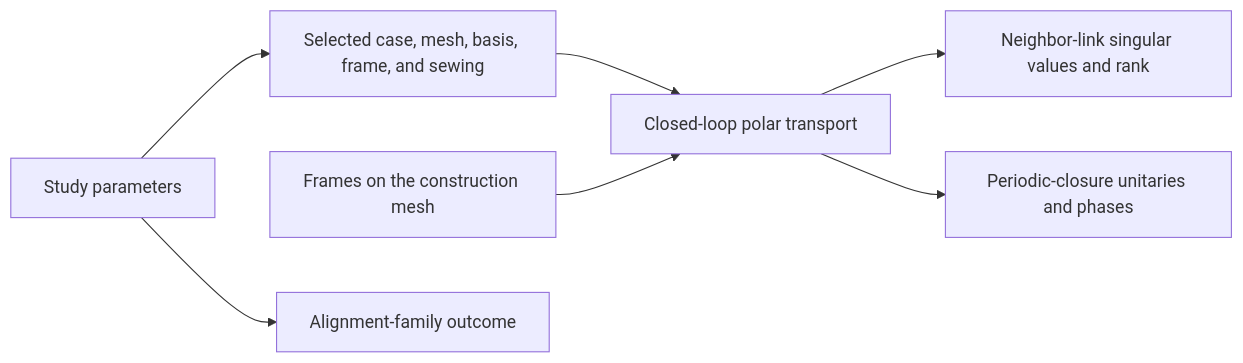
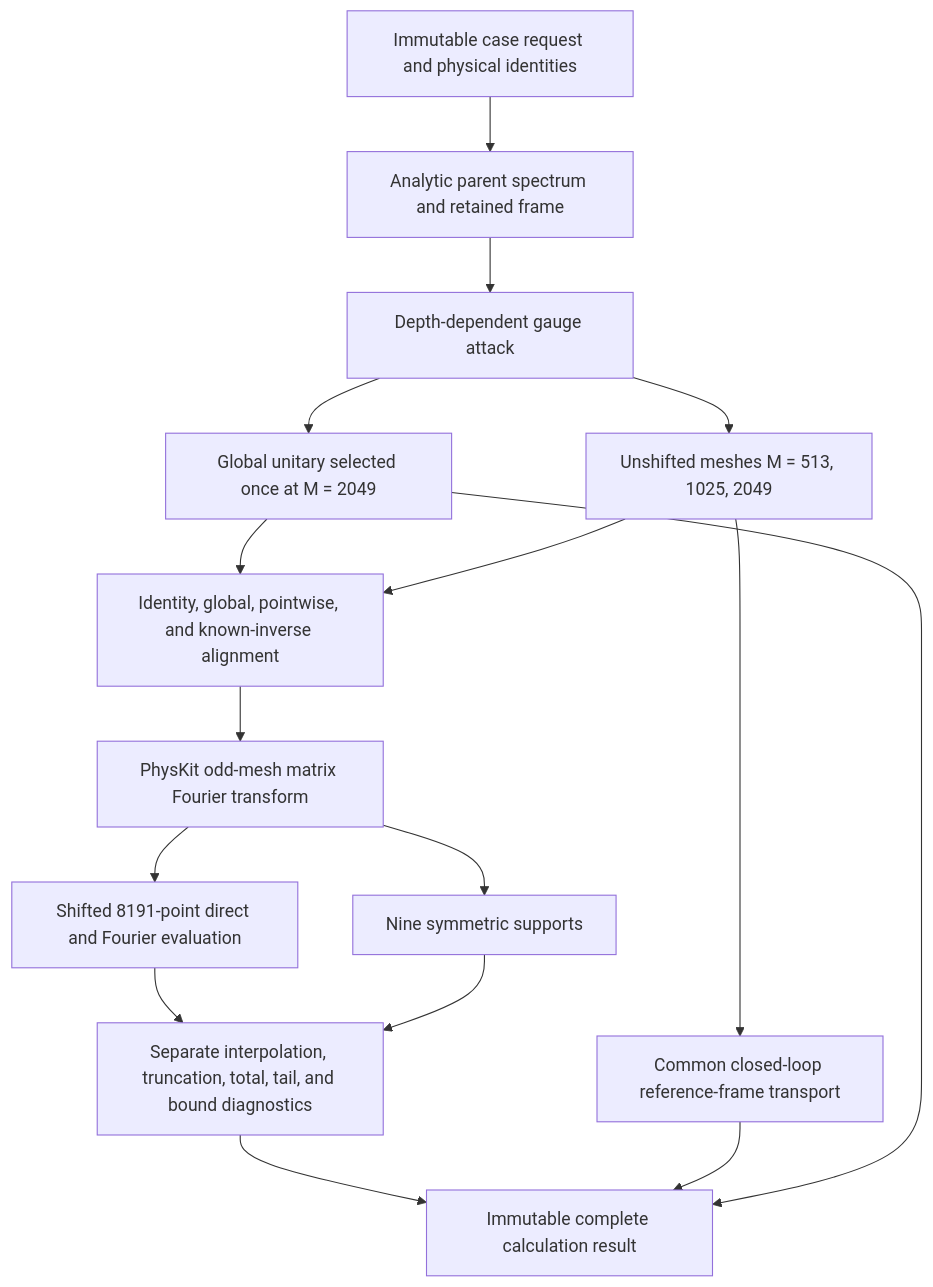
The first of 2 diagrams in docs/architecture/v3/ksdft2effmass/periodic1d/higher_rank_alignment/schematics.md (eragasa/ksdft2effmass), drawn with Mermaid before and after one commit. The commit also changed other lines of this file and 17 other files, not shown here.

Commit message:
Implement higher-rank alignment calculation producer

````diff
--- a/docs/architecture/v3/ksdft2effmass/periodic1d/higher_rank_alignment/schematics.md
+++ b/docs/architecture/v3/ksdft2effmass/periodic1d/higher_rank_alignment/schematics.md
@@ -5,17 +5,28 @@
 ```mermaid
-flowchart LR
-    C[Study parameters]
-    Q[Selected case, mesh, basis, frame, and sewing]
-    F[Frames on the construction mesh]
-    T[Closed-loop polar transport]
-    L[Neighbor-link singular values and rank]
-    U[Periodic-closure unitaries and phases]
-    S[Alignment-family outcome]
+flowchart TD
+    Q[Immutable case request and physical identities]
+    P[Analytic parent spectrum and retained frame]
+    G[Depth-dependent gauge attack]
+    GS[Global unitary selected once at M = 2049]
+    M[Unshifted meshes M = 513, 1025, 2049]
+    T[Common closed-loop reference-frame transport]
+    A[Identity, global, pointwise, and known-inverse alignment]
+    F[PhysKit odd-mesh matrix Fourier transform]
+    E[Shifted 8191-point direct and Fourier evaluation]
+    S[Nine symmetric supports]
+    D[Separate interpolation, truncation, total, tail, and bound diagnostics]
+    R[Immutable complete calculation result]
 
-    C --> Q
-    Q --> T
-    F --> T
-    T --> L
-    T --> U
-    C --> S
+    Q --> P --> G
+    G --> GS
+    G --> M
+    GS --> A
+    M --> T
+    M --> A
+    A --> F --> E
+    F --> S
+    E --> D
+    S --> D --> R
+    T --> R
+    GS --> R
 ```
````
